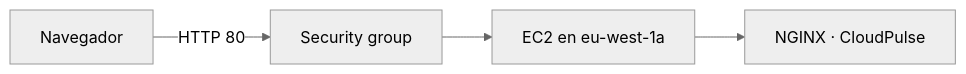
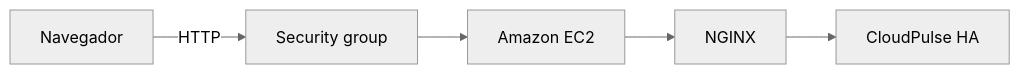
Before and after one commit to Ciscojes/cloudpulse-ha: the diagram in README.md, drawn with Mermaid (neutral theme). The commit also changed other lines of this file and 3 other files, not shown here.

````diff
--- a/README.md
+++ b/README.md
@@ -14,6 +28,7 @@
 ```mermaid
 flowchart LR
-  U[Navegador] -->|HTTP 80| S[Security group]
-  S --> E[EC2 en eu-west-1a]
-  E --> N[NGINX · CloudPulse]
+  B[Navegador] -->|HTTP| SG[Security group]
+  SG --> EC2[Amazon EC2]
+  EC2 --> N[NGINX]
+  N --> UI[CloudPulse HA]
 ```
````
